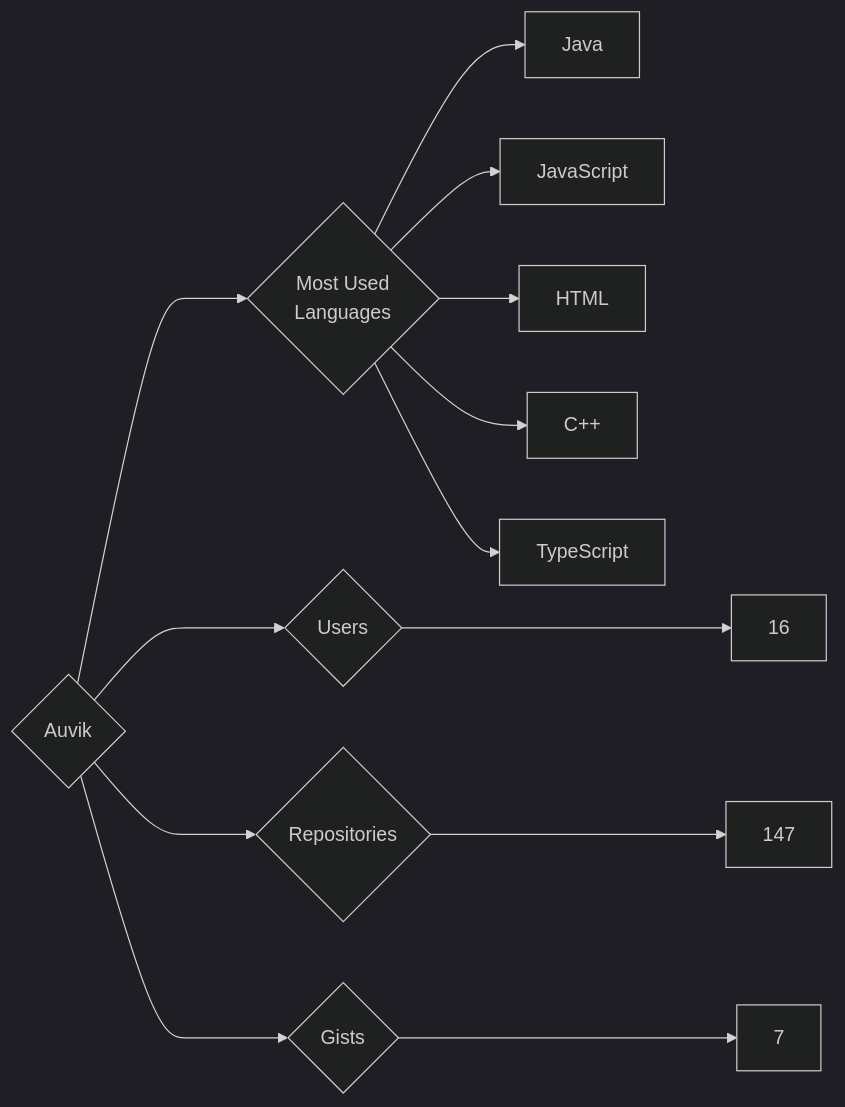
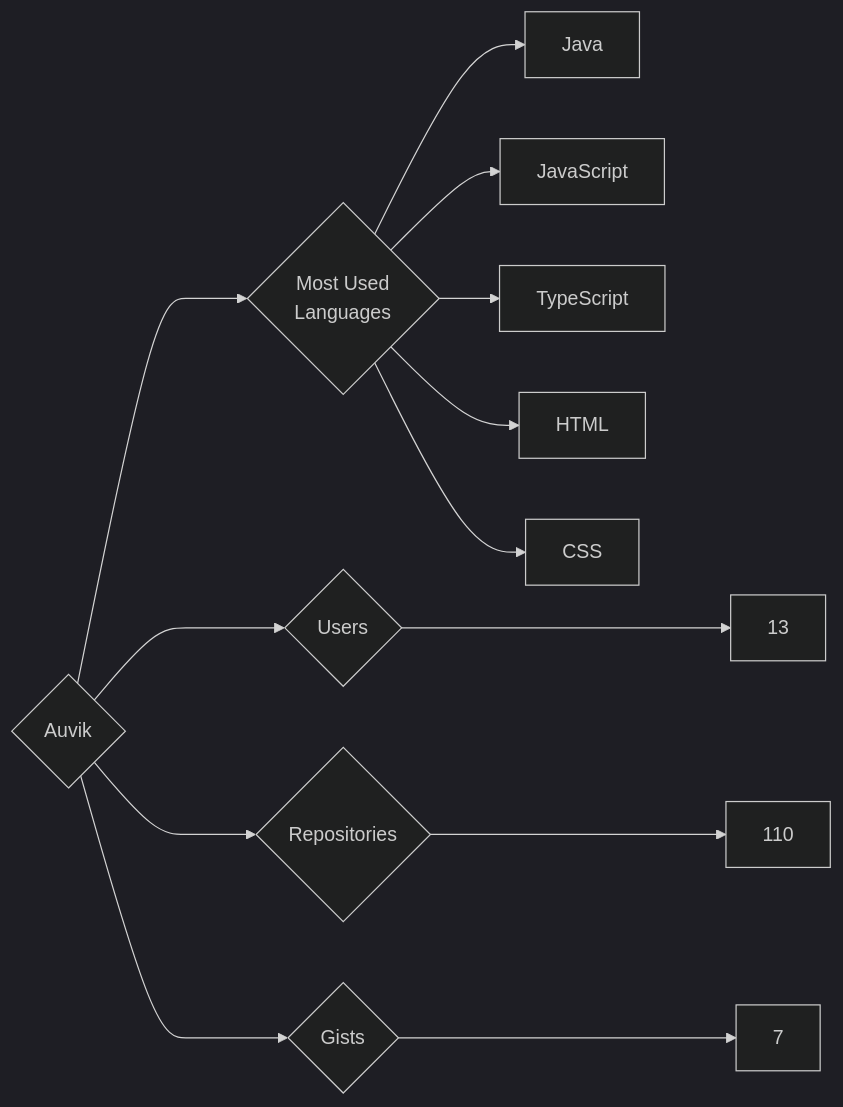
The diagram in targets/Auvik/README.md (trickest/insiders), drawn with Mermaid (dark theme) before and after one commit. The commit also changed 1084 other files, not shown here.

````diff
--- a/targets/Auvik/README.md
+++ b/targets/Auvik/README.md
@@ -3,13 +3,13 @@
 ```mermaid
 graph LR
 COMPANY_NAME{Auvik}
-COMPANY_NAME ---> U{Users} ---> UN[16]
-COMPANY_NAME ---> R{Repositories} ---> RN[147]
+COMPANY_NAME ---> U{Users} ---> UN[13]
+COMPANY_NAME ---> R{Repositories} ---> RN[110]
 COMPANY_NAME ---> G{Gists} ---> GN[7]
 COMPANY_NAME ---> ML{Most Used<br>Languages}
 ML --> Java[Java]
 ML --> JavaScript[JavaScript]
+ML --> TypeScript[TypeScript]
 ML --> HTML[HTML]
-ML --> C++[C++]
-ML --> TypeScript[TypeScript]
+ML --> CSS[CSS]
 ```
````
